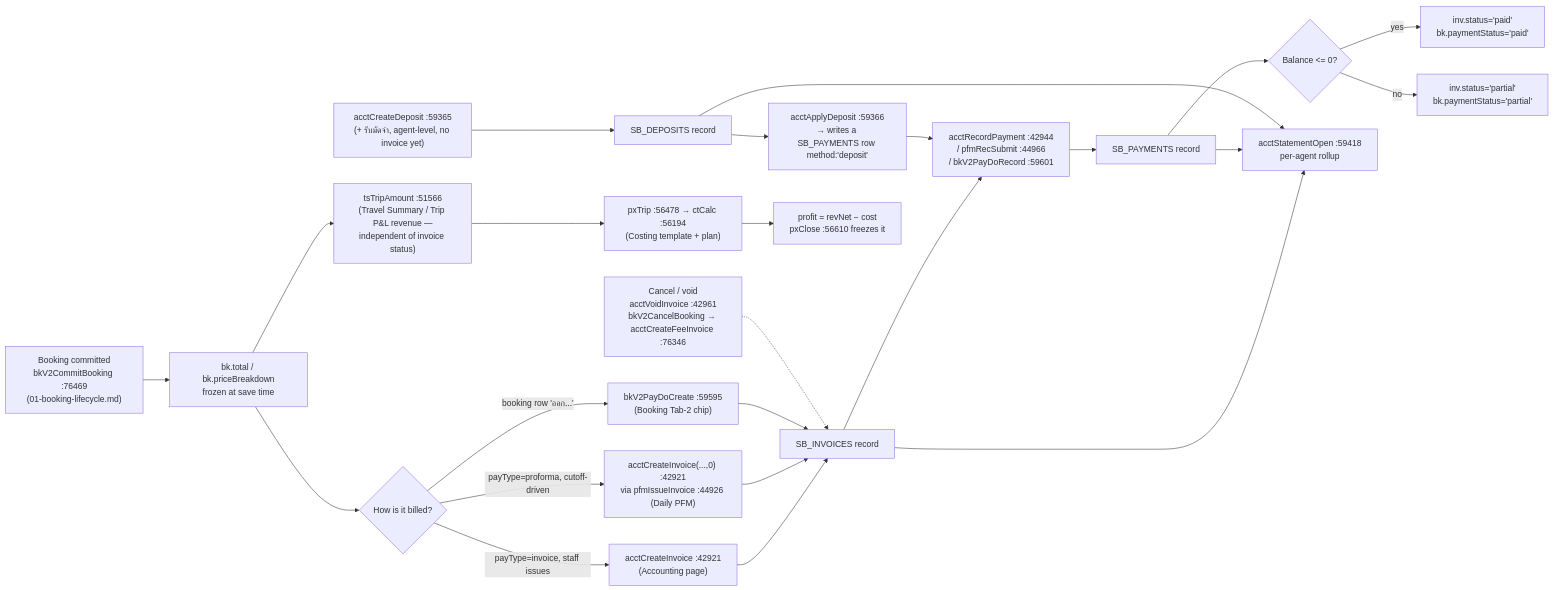
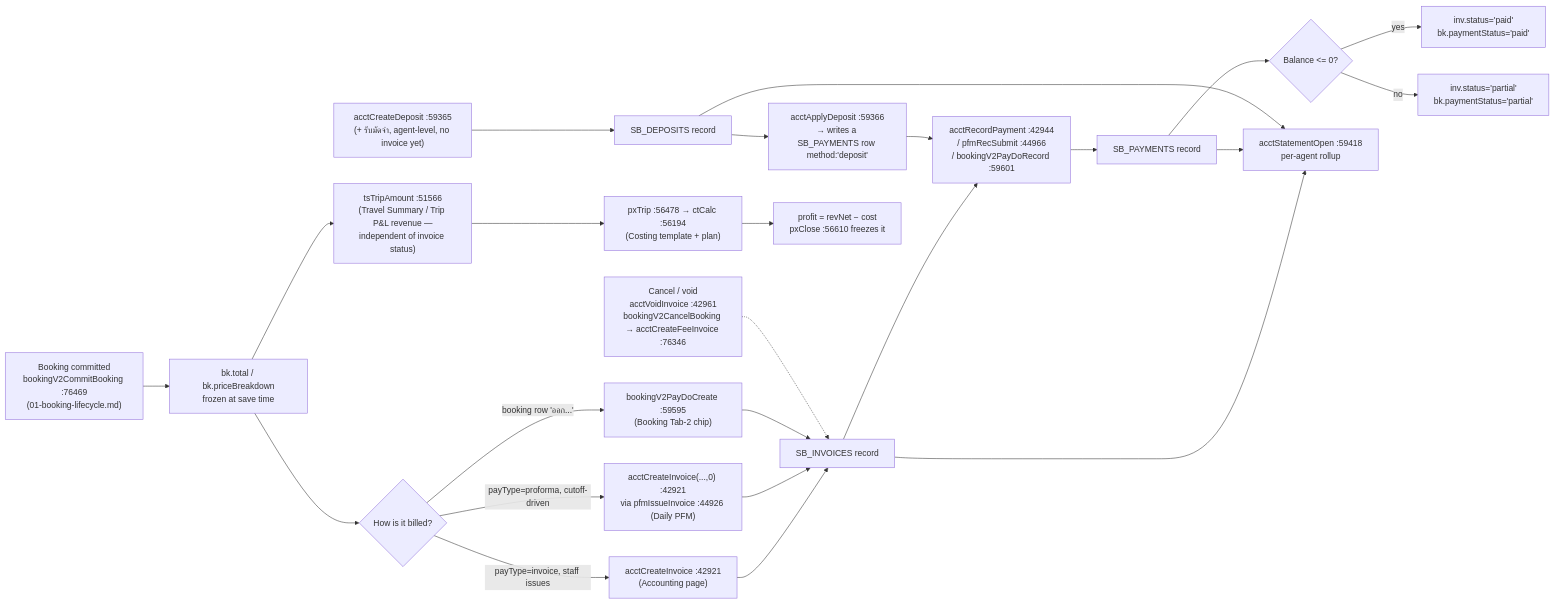
The diagram in allotment_v2/docs/workflows/06-accounting-finance.md (digitalmkt-bbot/LOVE_Andaman_Workspace), drawn with Mermaid before and after one commit. The commit also changed other lines of this file and 560 other files, not shown here.

````diff
--- a/allotment_v2/docs/workflows/06-accounting-finance.md
+++ b/allotment_v2/docs/workflows/06-accounting-finance.md
@@ -47,26 +47,26 @@
 ```mermaid
 flowchart LR
-  A["Booking committed<br/>bkV2CommitBooking :76469<br/>(01-booking-lifecycle.md)"] --> B["bk.total / bk.priceBreakdown<br/>frozen at save time"]
+  A["Booking committed<br/>bookingV2CommitBooking :76469<br/>(01-booking-lifecycle.md)"] --> B["bk.total / bk.priceBreakdown<br/>frozen at save time"]
   B --> C{"How is it billed?"}
   C -->|"payType=invoice, staff issues"| D["acctCreateInvoice :42921<br/>(Accounting page)"]
   C -->|"payType=proforma, cutoff-driven"| E["acctCreateInvoice(...,0) :42921<br/>via pfmIssueInvoice :44926 (Daily PFM)"]
-  C -->|"booking row 'ออก...'"| F["bkV2PayDoCreate :59595<br/>(Booking Tab-2 chip)"]
+  C -->|"booking row 'ออก...'"| F["bookingV2PayDoCreate :59595<br/>(Booking Tab-2 chip)"]
   D --> G[SB_INVOICES record]
   E --> G
   F --> G
-  G --> H["acctRecordPayment :42944<br/>/ pfmRecSubmit :44966<br/>/ bkV2PayDoRecord :59601"]
+  G --> H["acctRecordPayment :42944<br/>/ pfmRecSubmit :44966<br/>/ bookingV2PayDoRecord :59601"]
   H --> I[SB_PAYMENTS record]
   I --> J{Balance <= 0?}
   J -->|yes| K["inv.status='paid'<br/>bk.paymentStatus='paid'"]
   J -->|no| L["inv.status='partial'<br/>bk.paymentStatus='partial'"]
   M["acctCreateDeposit :59365<br/>(+ รับมัดจำ, agent-level, no invoice yet)"] --> N[SB_DEPOSITS record]
   N --> O["acctApplyDeposit :59366<br/>→ writes a SB_PAYMENTS row method:'deposit'"]
   O --> H
   G --> P["acctStatementOpen :59418<br/>per-agent rollup"]
   I --> P
   N --> P
   B --> Q["tsTripAmount :51566<br/>(Travel Summary / Trip P&L revenue —<br/>independent of invoice status)"]
   Q --> R["pxTrip :56478 → ctCalc :56194<br/>(Costing template + plan)"]
   R --> S["profit = revNet − cost<br/>pxClose :56610 freezes it"]
-  T["Cancel / void<br/>acctVoidInvoice :42961<br/>bkV2CancelBooking → acctCreateFeeInvoice :76346"] -.-> G
+  T["Cancel / void<br/>acctVoidInvoice :42961<br/>bookingV2CancelBooking → acctCreateFeeInvoice :76346"] -.-> G
 ```
````
